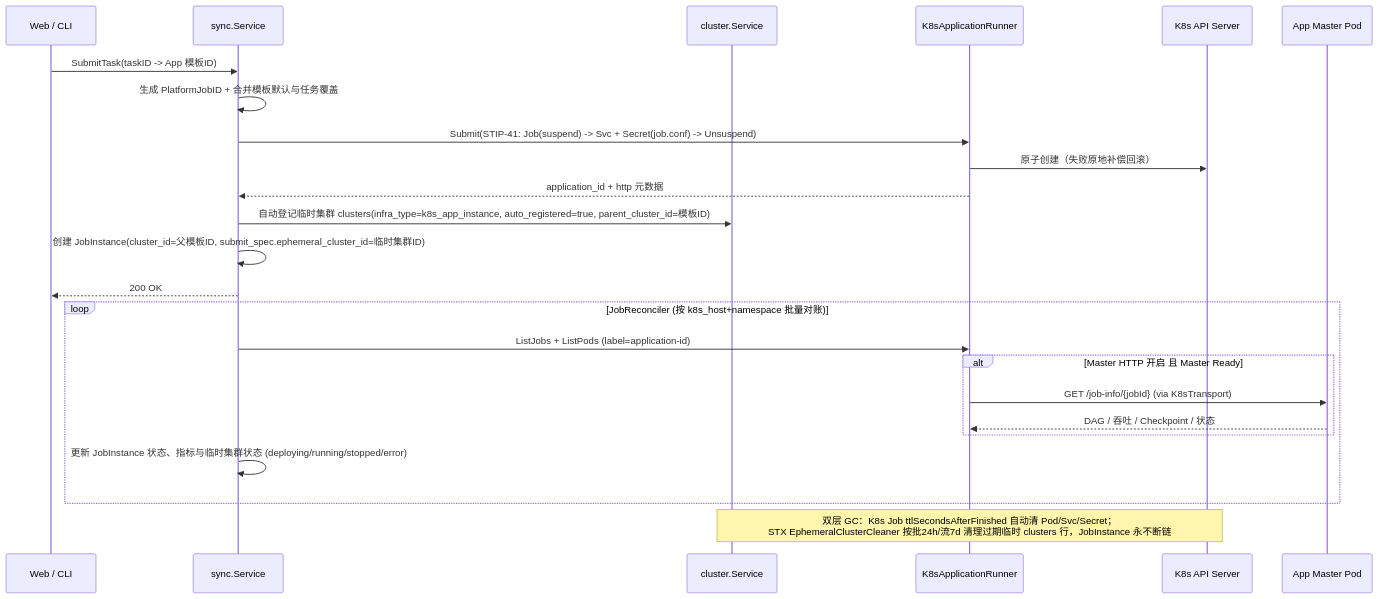
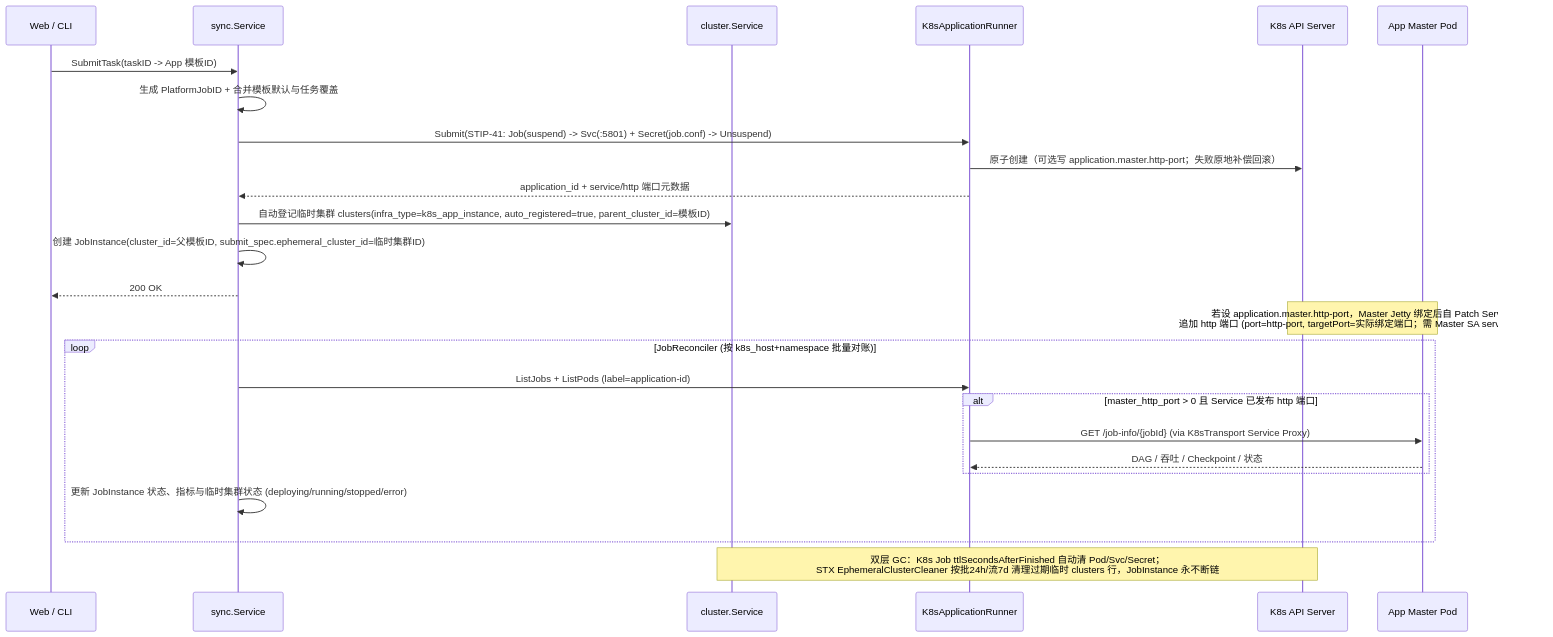
Before and after one commit to LeonYoah/stx: the second of 2 diagrams in .trellis/tasks/11-25-k8s-integration/design.md, drawn with Mermaid. The commit also changed other lines of this file and 4 other files, not shown here.

Commit message:
docs(trellis): 对齐 seatunnel#6 的 application.master.http-port 发布契约

````diff
--- a/.trellis/tasks/11-25-k8s-integration/design.md
+++ b/.trellis/tasks/11-25-k8s-integration/design.md
@@ -226,29 +226,31 @@
 ```mermaid
 sequenceDiagram
     participant User as Web / CLI
     participant Sync as sync.Service
     participant Cluster as cluster.Service
     participant App as K8sApplicationRunner
     participant K8s as K8s API Server
     participant Master as App Master Pod
 
     User->>Sync: SubmitTask(taskID -> App 模板ID)
     Sync->>Sync: 生成 PlatformJobID + 合并模板默认与任务覆盖
-    Sync->>App: Submit(STIP-41: Job(suspend) -> Svc + Secret(job.conf) -> Unsuspend)
-    App->>K8s: 原子创建（失败原地补偿回滚）
-    App-->>Sync: application_id + http 元数据
+    Sync->>App: Submit(STIP-41: Job(suspend) -> Svc(:5801) + Secret(job.conf) -> Unsuspend)
+    App->>K8s: 原子创建（可选写 application.master.http-port；失败原地补偿回滚）
+    App-->>Sync: application_id + service/http 端口元数据
     Sync->>Cluster: 自动登记临时集群 clusters(infra_type=k8s_app_instance, auto_registered=true, parent_cluster_id=模板ID)
     Sync->>Sync: 创建 JobInstance(cluster_id=父模板ID, submit_spec.ephemeral_cluster_id=临时集群ID)
     Sync-->>User: 200 OK
 
+    Note over Master,K8s: 若设 application.master.http-port，Master Jetty 绑定后自 Patch Service<br/>追加 http 端口 (port=http-port, targetPort=实际绑定端口；需 Master SA services:patch)
+
     loop JobReconciler (按 k8s_host+namespace 批量对账)
         Sync->>App: ListJobs + ListPods (label=application-id)
-        alt Master HTTP 开启 且 Master Ready
-            App->>Master: GET /job-info/{jobId} (via K8sTransport)
+        alt master_http_port > 0 且 Service 已发布 http 端口
+            App->>Master: GET /job-info/{jobId} (via K8sTransport Service Proxy)
             Master-->>App: DAG / 吞吐 / Checkpoint / 状态
         end
         Sync->>Sync: 更新 JobInstance 状态、指标与临时集群状态 (deploying/running/stopped/error)
     end
 
     Note over Cluster,K8s: 双层 GC：K8s Job ttlSecondsAfterFinished 自动清 Pod/Svc/Secret；<br/>STX EphemeralClusterCleaner 按批24h/流7d 清理过期临时 clusters 行，JobInstance 永不断链
 ```
````
